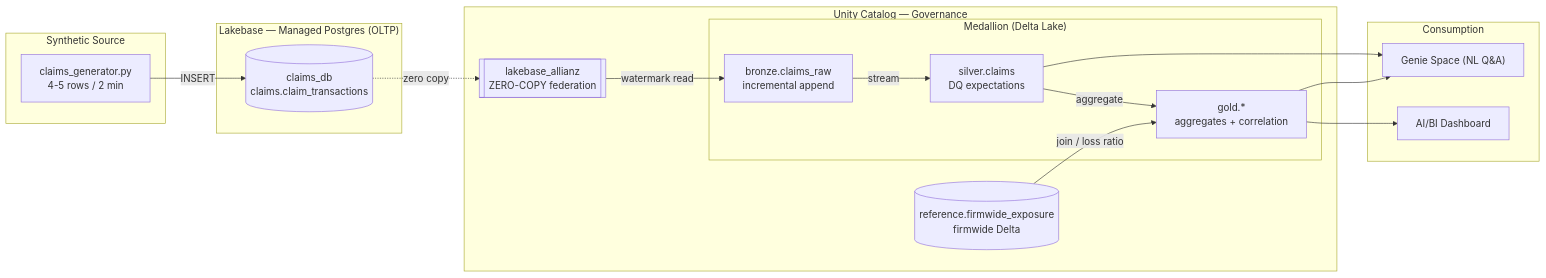
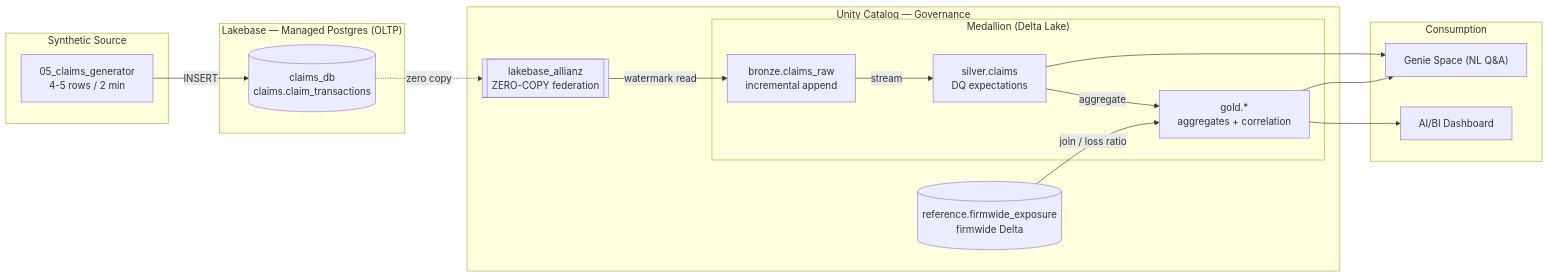
Before and after one commit to saswata30/allianz_hackathon: the diagram in README.md, drawn with Mermaid. The commit also changed other lines of this file and 27 other files, not shown here.

````diff
--- a/README.md
+++ b/README.md
@@ -15,31 +17,31 @@
 ```mermaid
 flowchart LR
   subgraph SRC[Synthetic Source]
-    GEN["claims_generator.py<br/>4-5 rows / 2 min"]
+    GEN["05_claims_generator<br/>4-5 rows / 2 min"]
   end
   subgraph LB["Lakebase — Managed Postgres (OLTP)"]
     PG[("claims_db<br/>claims.claim_transactions")]
   end
   subgraph UCat["Unity Catalog — Governance"]
     ZC[["lakebase_allianz<br/>ZERO-COPY federation"]]
     subgraph MED["Medallion (Delta Lake)"]
       BR["bronze.claims_raw<br/>incremental append"]
       SI["silver.claims<br/>DQ expectations"]
       GO["gold.*<br/>aggregates + correlation"]
     end
     FW[("reference.firmwide_exposure<br/>firmwide Delta")]
   end
   subgraph CONS["Consumption"]
     DASH["AI/BI Dashboard"]
     GENIE["Genie Space (NL Q&A)"]
   end
   GEN -->|INSERT| PG
   PG -.->|zero copy| ZC
   ZC -->|watermark read| BR
   BR -->|stream| SI
   SI -->|aggregate| GO
   FW -->|join / loss ratio| GO
   GO --> DASH
   GO --> GENIE
   SI --> GENIE
 ```
````
